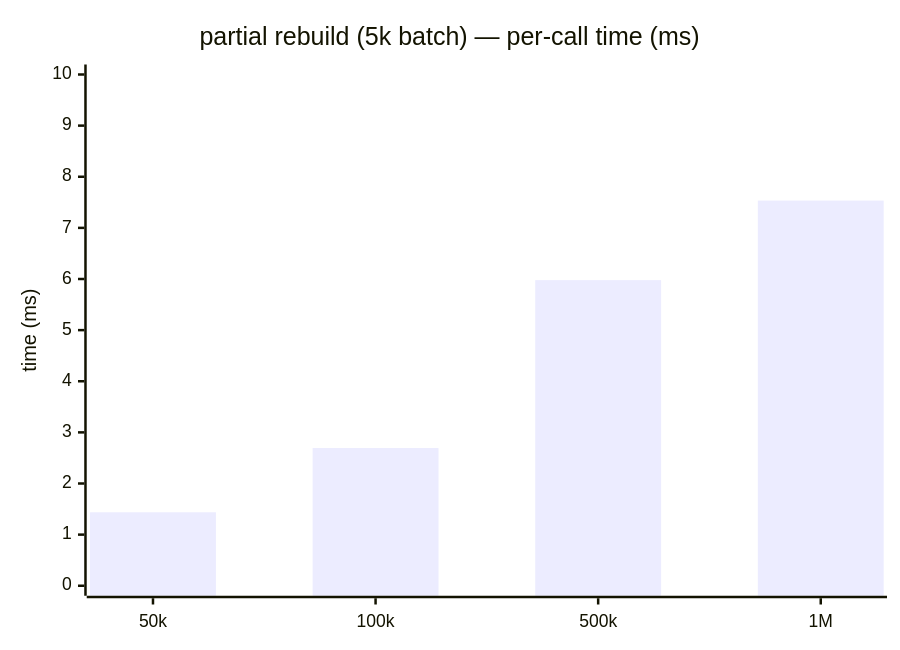
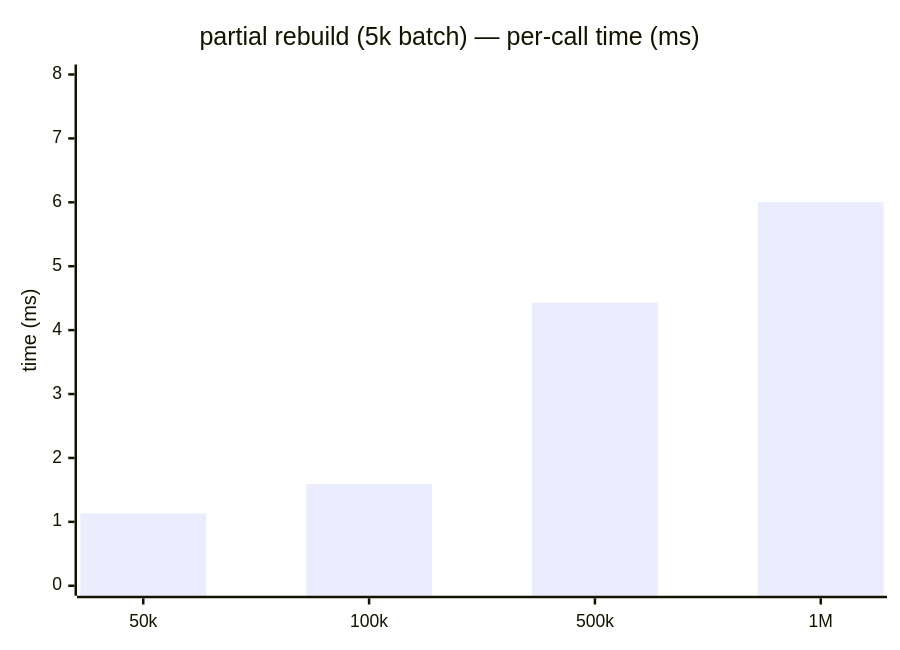
Before and after one commit to dch4o/copse: the first of 2 diagrams in docs/benchmark/rebuild.md, drawn with Mermaid. The commit also changed other lines of this file and 4 other files, not shown here.

````diff
--- a/docs/benchmark/rebuild.md
+++ b/docs/benchmark/rebuild.md
@@ -47,7 +47,7 @@
 ```mermaid
 xychart-beta
     title "partial rebuild (5k batch) — per-call time (ms)"
     x-axis [50k, 100k, 500k, 1M]
-    y-axis "time (ms)" 0 --> 10
-    bar [1.437, 2.694, 5.978, 7.534]
+    y-axis "time (ms)" 0 --> 8
+    bar [1.132, 1.591, 4.430, 6.002]
 ```
````
